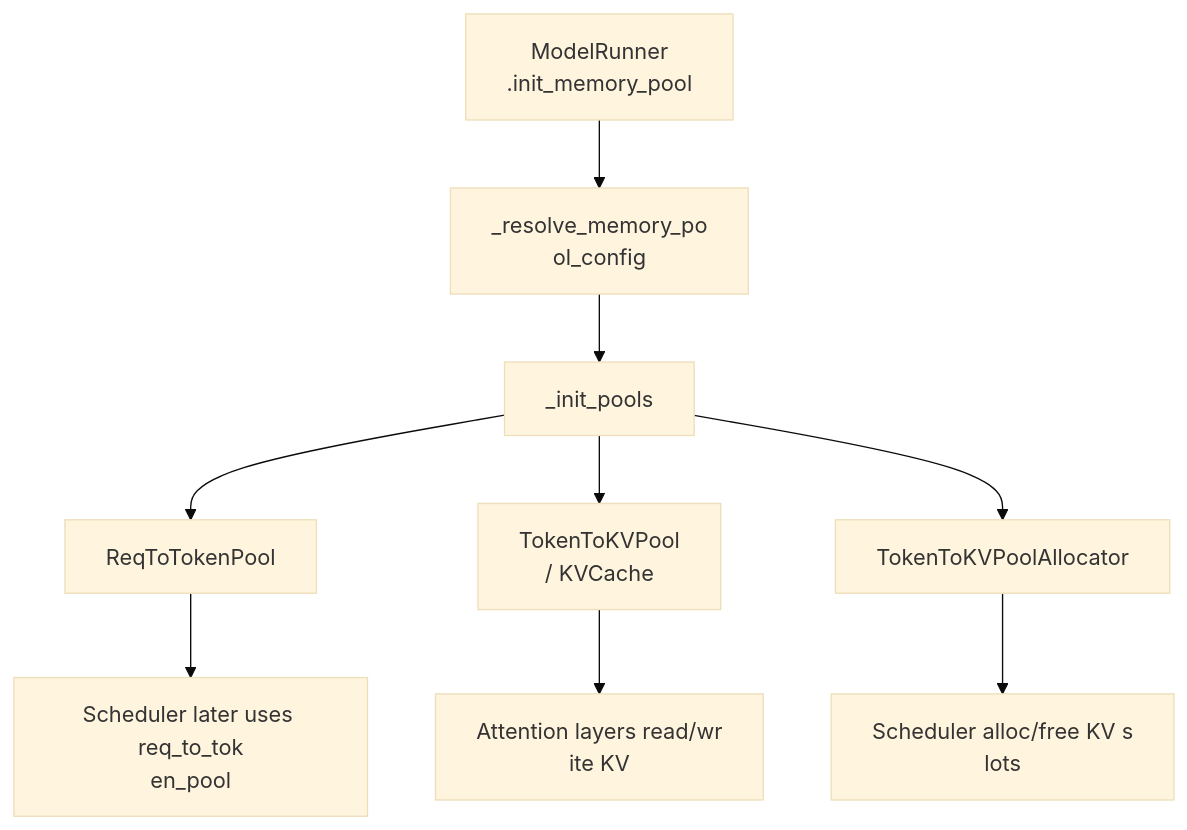
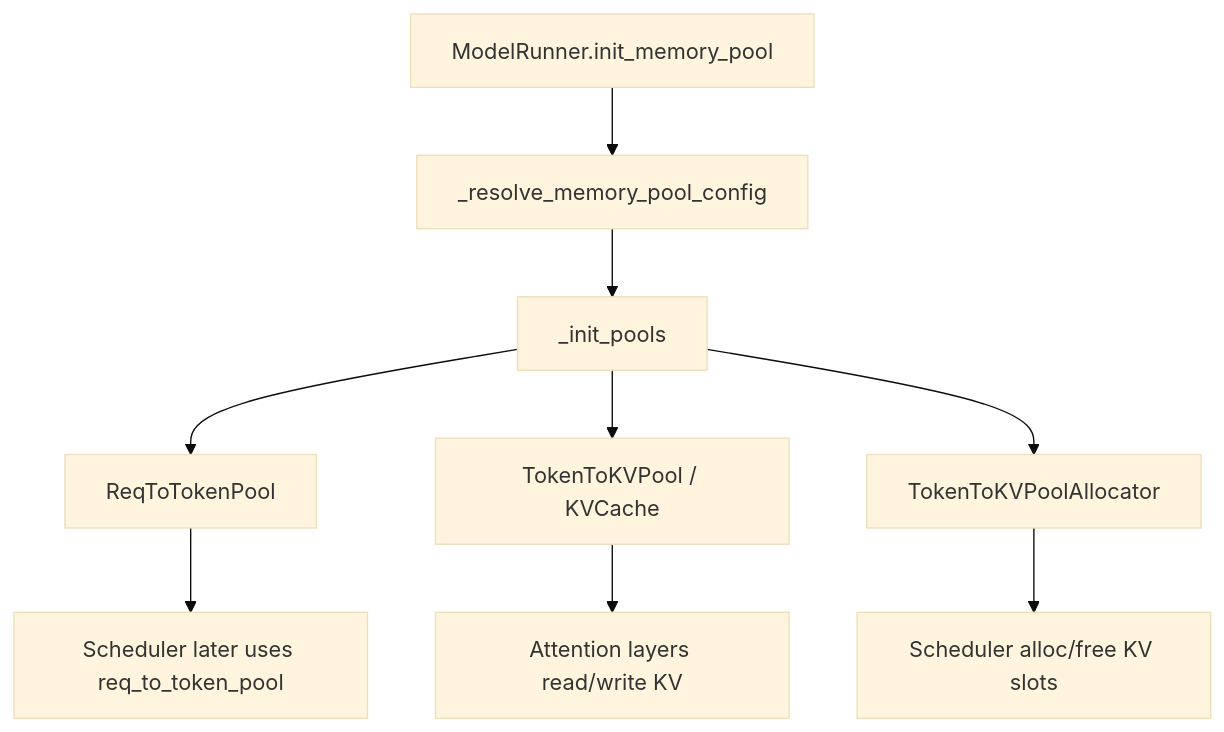
The third of 11 diagrams in src/data/sglang-content/sglang-source-reading/03-kv-cache-radix-cache.md (cl-vv-h/AI_Infra_Tutor_Page), drawn with Mermaid (base theme) before and after one commit. The commit also changed other lines of this file and 25 other files, not shown here.

Commit message:
Fix markdown rendering with react-markdown, add SGLang knowledge graph

````diff
--- a/src/data/sglang-content/sglang-source-reading/03-kv-cache-radix-cache.md
+++ b/src/data/sglang-content/sglang-source-reading/03-kv-cache-radix-cache.md
@@ -134,19 +63,11 @@
 ```mermaid
 flowchart TD
-  A["ModelRunner
-.init_memory_pool"] --> B["_resolve_memory_po
-ol_config"]
+  A["ModelRunner.init_memory_pool"] --> B["_resolve_memory_pool_config"]
   B --> C["_init_pools"]
-  C --> 
-D["ReqToTokenPool"]
-  C --> E["TokenToKVPool 
-/ KVCache"]
-  C --> F["TokenToKVPoolAllocator
-"]
-  D --> G["Scheduler later uses req_to_tok
-en_pool"]
-  E --> H["Attention layers read/wr
-ite KV"]
-  F --> I["Scheduler alloc/free KV s
-lots"]
+  C --> D["ReqToTokenPool"]
+  C --> E["TokenToKVPool / KVCache"]
+  C --> F["TokenToKVPoolAllocator"]
+  D --> G["Scheduler later uses req_to_token_pool"]
+  E --> H["Attention layers read/write KV"]
+  F --> I["Scheduler alloc/free KV slots"]
 ```
````
